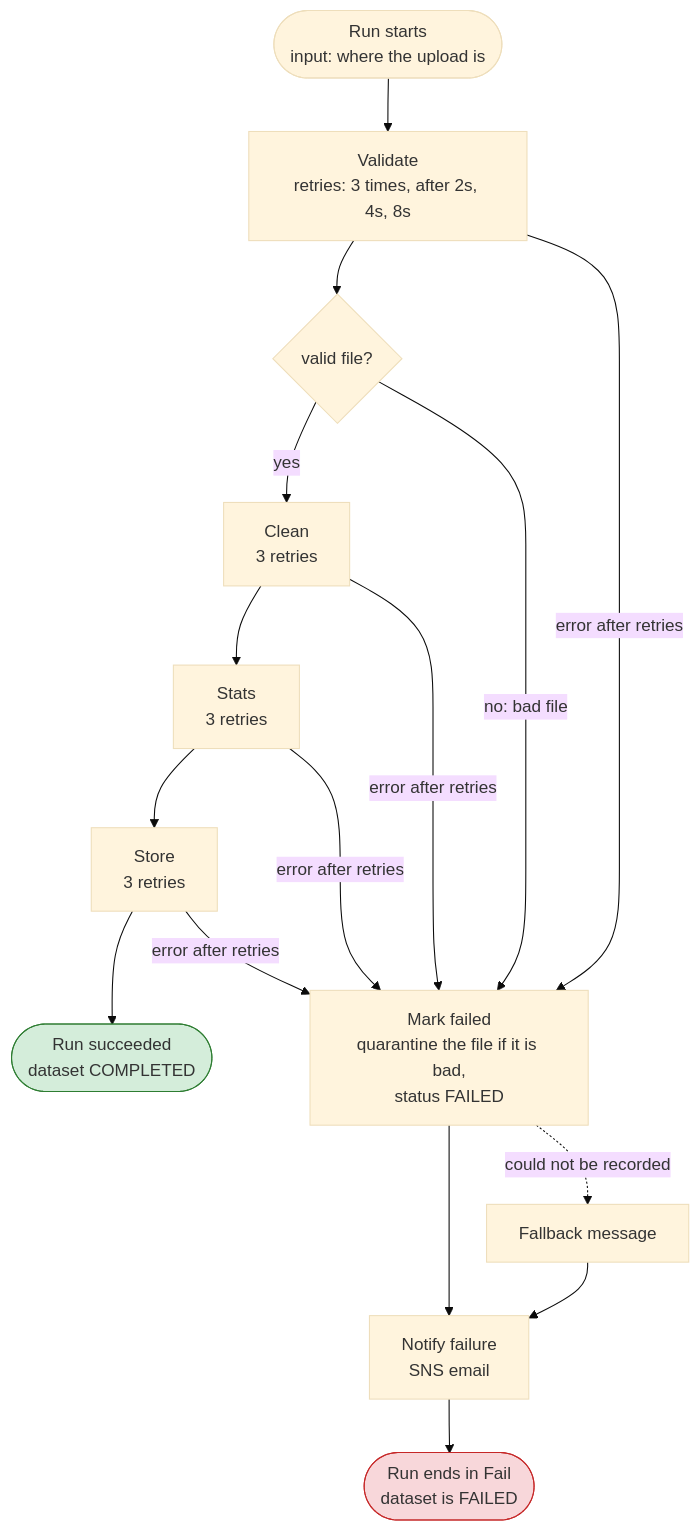
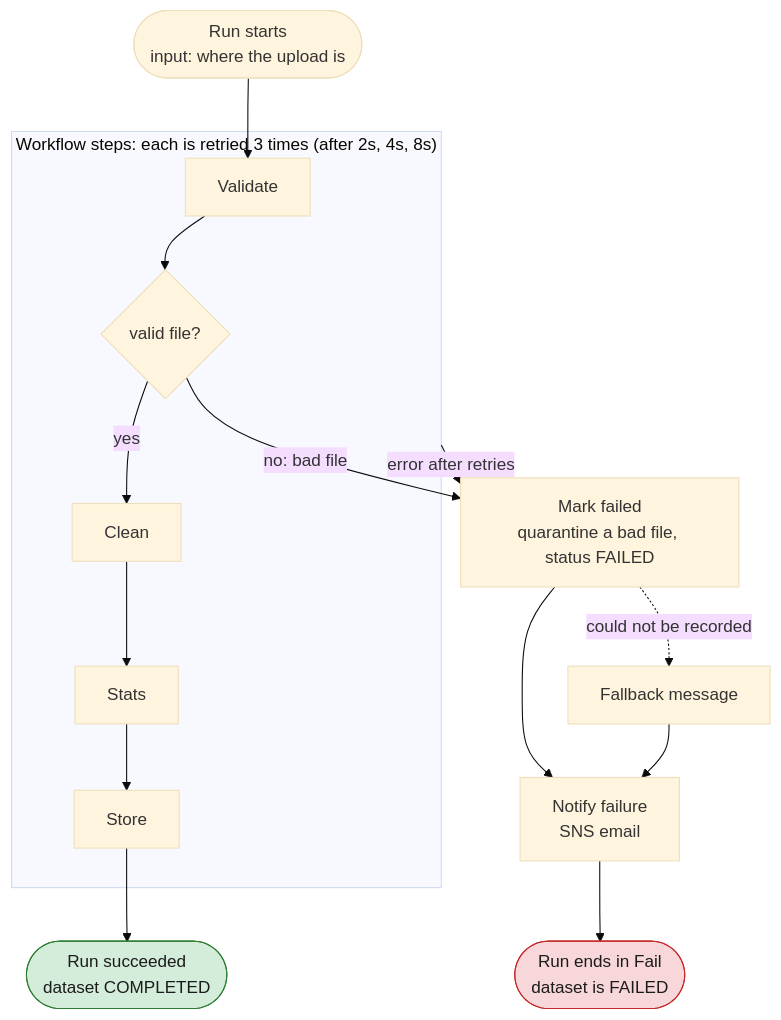
Before and after one commit to dhananjaya-hbc/gradeflow-serverless-pipeline: the second of 4 diagrams in README.md, drawn with Mermaid (base theme). The commit also changed other lines of this file, not shown here.

Commit message:
docs: make architecture diagrams narrower so they stay readable

````diff
--- a/README.md
+++ b/README.md
@@ -45,22 +33,21 @@
 ```mermaid
 flowchart TD
-    begin(["Run starts<br/>input: where the upload is"]) --> validate["Validate<br/>retries: 3 times, after 2s, 4s, 8s"]
-    validate --> valid{"valid file?"}
-    valid -->|"yes"| clean["Clean<br/>3 retries"]
-    clean --> stats["Stats<br/>3 retries"]
-    stats --> store["Store<br/>3 retries"]
+    begin(["Run starts<br/>input: where the upload is"]) --> validate
+
+    subgraph steps ["Workflow steps: each is retried 3 times (after 2s, 4s, 8s)"]
+        validate["Validate"] --> valid{"valid file?"}
+        valid -->|"yes"| clean["Clean"]
+        clean --> stats["Stats"]
+        stats --> store["Store"]
+    end
+
     store --> done(["Run succeeded<br/>dataset COMPLETED"]):::good
-
-    valid -->|"no: bad file"| markfailed["Mark failed<br/>quarantine the file if it is bad,<br/>status FAILED"]
-    validate -->|"error after retries"| markfailed
-    clean -->|"error after retries"| markfailed
-    stats -->|"error after retries"| markfailed
-    store -->|"error after retries"| markfailed
-
+    valid -->|"no: bad file"| markfailed["Mark failed<br/>quarantine a bad file, status FAILED"]
+    steps -->|"error after retries"| markfailed
     markfailed --> notify["Notify failure<br/>SNS email"]
     markfailed -.->|"could not be recorded"| fallback["Fallback message"] --> notify
     notify --> failedend(["Run ends in Fail<br/>dataset is FAILED"]):::bad
 
-    classDef good fill:#d4edda,stroke:#2e7d32
-    classDef bad fill:#f8d7da,stroke:#c62828
+    classDef good fill:#d4edda,stroke:#2e7d32,color:#1b1b1b
+    classDef bad fill:#f8d7da,stroke:#c62828,color:#1b1b1b
 ```
````
